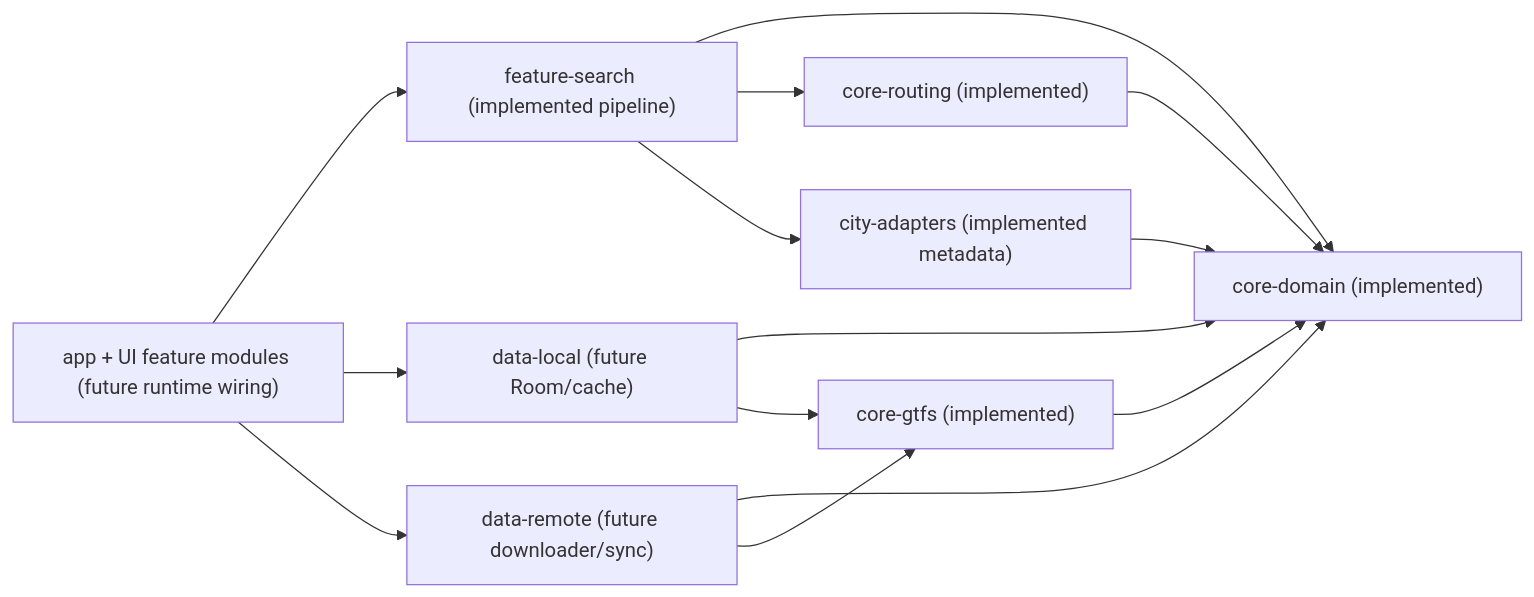
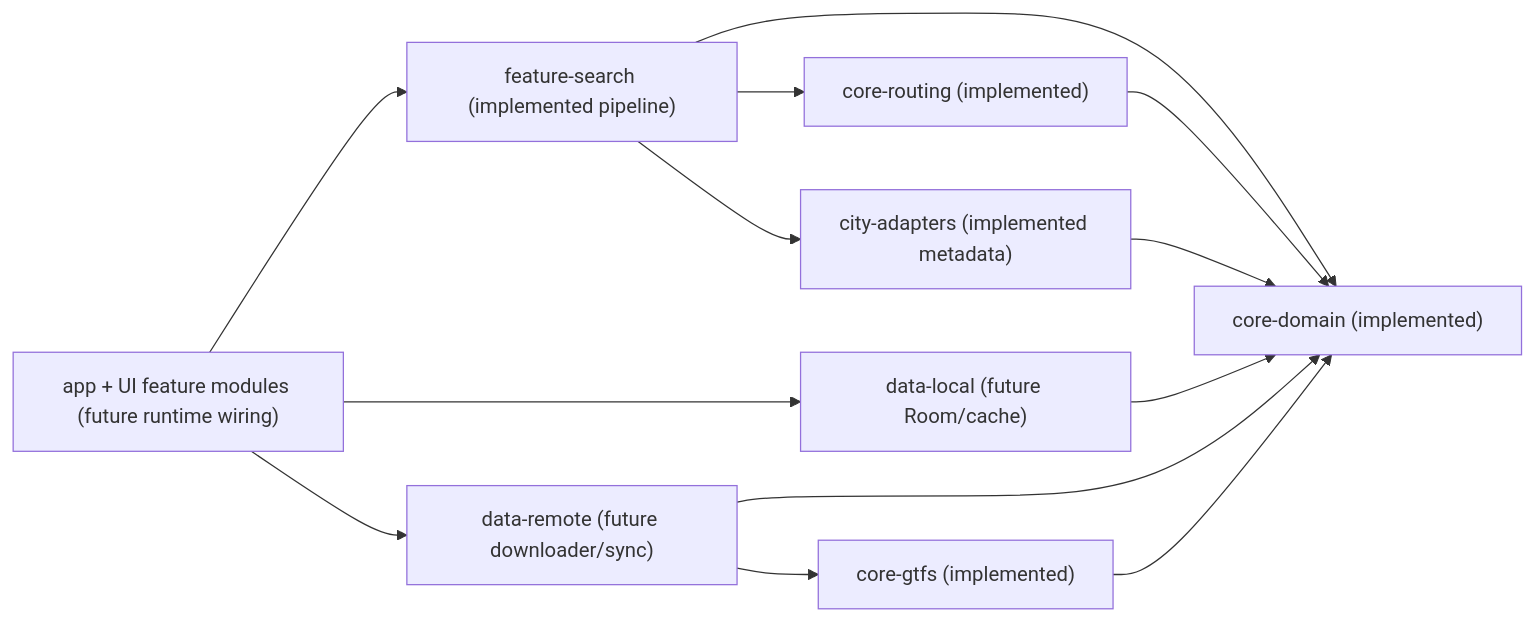
Before and after one commit to Fuuduuu/ANDROBUSS: the diagram in docs/CODEBASE_IMPACT_MAP.md, drawn with Mermaid. The commit also changed other lines of this file and 13 other files, not shown here.

Commit message:
feat(data-local): add feed snapshot importer

````diff
--- a/docs/CODEBASE_IMPACT_MAP.md
+++ b/docs/CODEBASE_IMPACT_MAP.md
@@ -73,25 +82,24 @@
 ```mermaid
 flowchart LR
     core_domain["core-domain (implemented)"]
     core_gtfs["core-gtfs (implemented)"]
     core_routing["core-routing (implemented)"]
     city_adapters["city-adapters (implemented metadata)"]
     feature_search["feature-search (implemented pipeline)"]
     data_local["data-local (future Room/cache)"]
     data_remote["data-remote (future downloader/sync)"]
     app_ui["app + UI feature modules (future runtime wiring)"]
 
     core_gtfs --> core_domain
     core_routing --> core_domain
     city_adapters --> core_domain
     feature_search --> core_domain
     feature_search --> core_routing
     feature_search --> city_adapters
     data_local --> core_domain
-    data_local --> core_gtfs
     data_remote --> core_domain
     data_remote --> core_gtfs
     app_ui --> feature_search
     app_ui --> data_local
     app_ui --> data_remote
 ```
````
